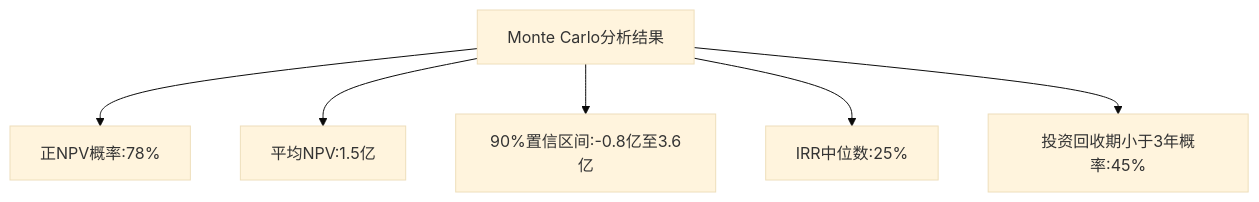
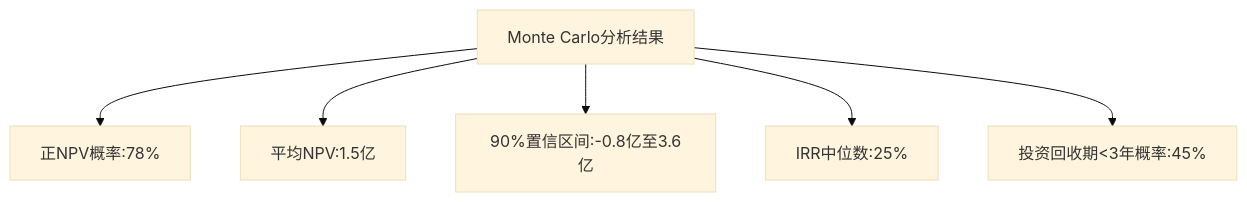
One commit to amcoimg/my-digital-garden changed the first of 2 diagrams in src/site/notes/08-财务专业/src/site/notes/08-财务专业/财务BP/学习内容/BP工具与模板/高级分析/Monte Carlo模拟工具.md. Above: the diagram before and after it, drawn with Mermaid (base theme). The commit also changed 1 other file, not shown here.

Commit message:
Published multiple files

````diff
--- a/src/site/notes/08-财务专业/src/site/notes/08-财务专业/财务BP/学习内容/BP工具与模板/高级分析/Monte Carlo模拟工具.md
+++ b/src/site/notes/08-财务专业/src/site/notes/08-财务专业/财务BP/学习内容/BP工具与模板/高级分析/Monte Carlo模拟工具.md
@@ -321,8 +321,8 @@
 ```mermaid
 graph TD
     A[Monte Carlo分析结果] --> B[正NPV概率:78%]
     A --> C[平均NPV:1.5亿]
     A --> D[90%置信区间:-0.8亿至3.6亿]
     A --> E[IRR中位数:25%]
-    A --> F[投资回收期小于3年概率:45%]
+    A --> F[投资回收期&lt;3年概率:45%]
 ```
````
